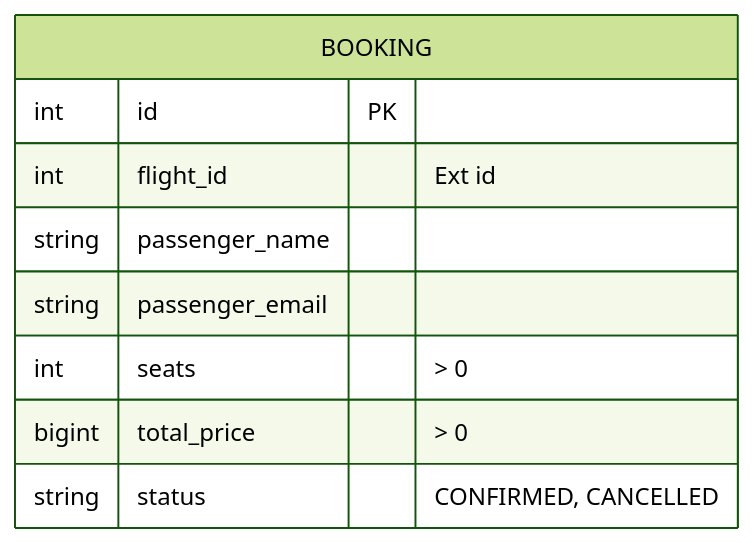
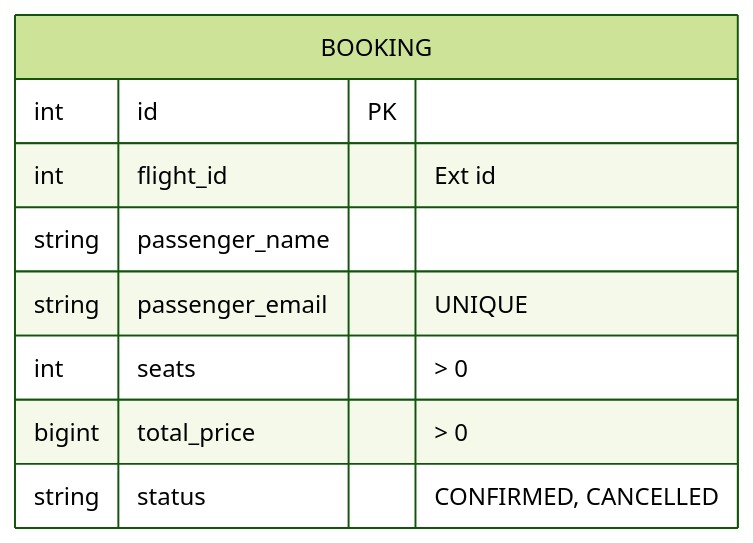
Before and after one commit to aikonovalov/COATasks: the diagram in task3/BookingService/diagram.md, drawn with Mermaid (forest theme). The commit also changed 10 other files, not shown here.

````diff
--- a/task3/BookingService/diagram.md
+++ b/task3/BookingService/diagram.md
@@ -1,14 +1,14 @@
 ```mermaid
 erDiagram
     BOOKING {
         int id PK
         int flight_id "Ext id"
 
         string passenger_name
-        string passenger_email
+        string passenger_email "UNIQUE"
 
         int seats "> 0"
         bigint total_price "> 0"
         string status "CONFIRMED, CANCELLED"
     }
 ```
````
